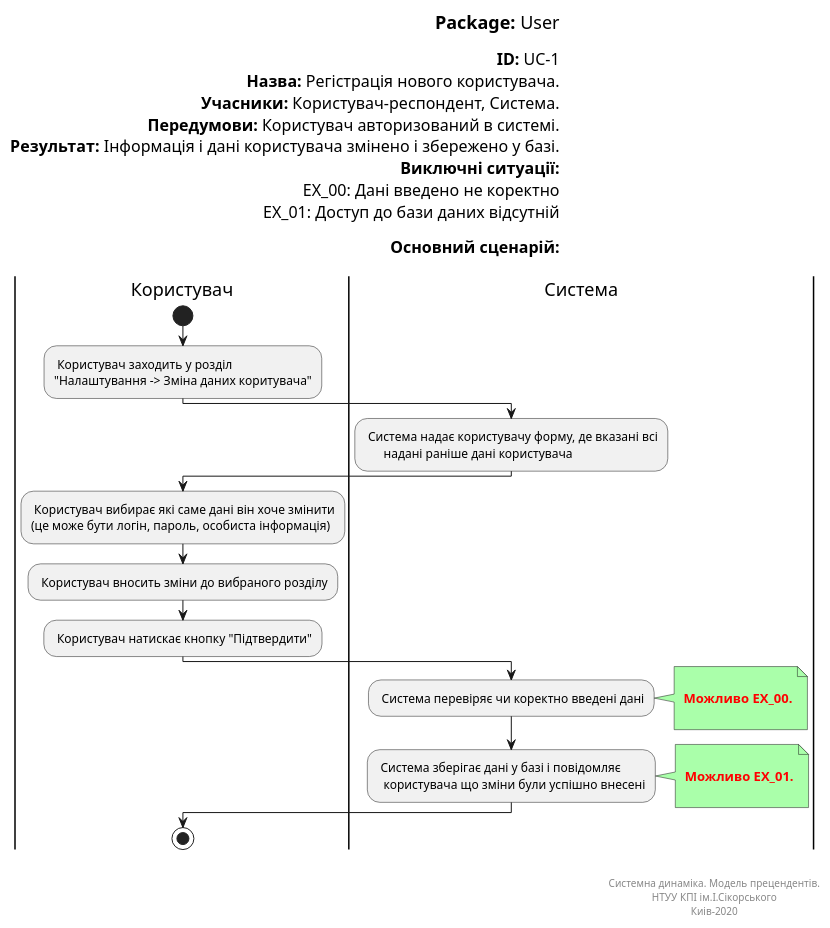
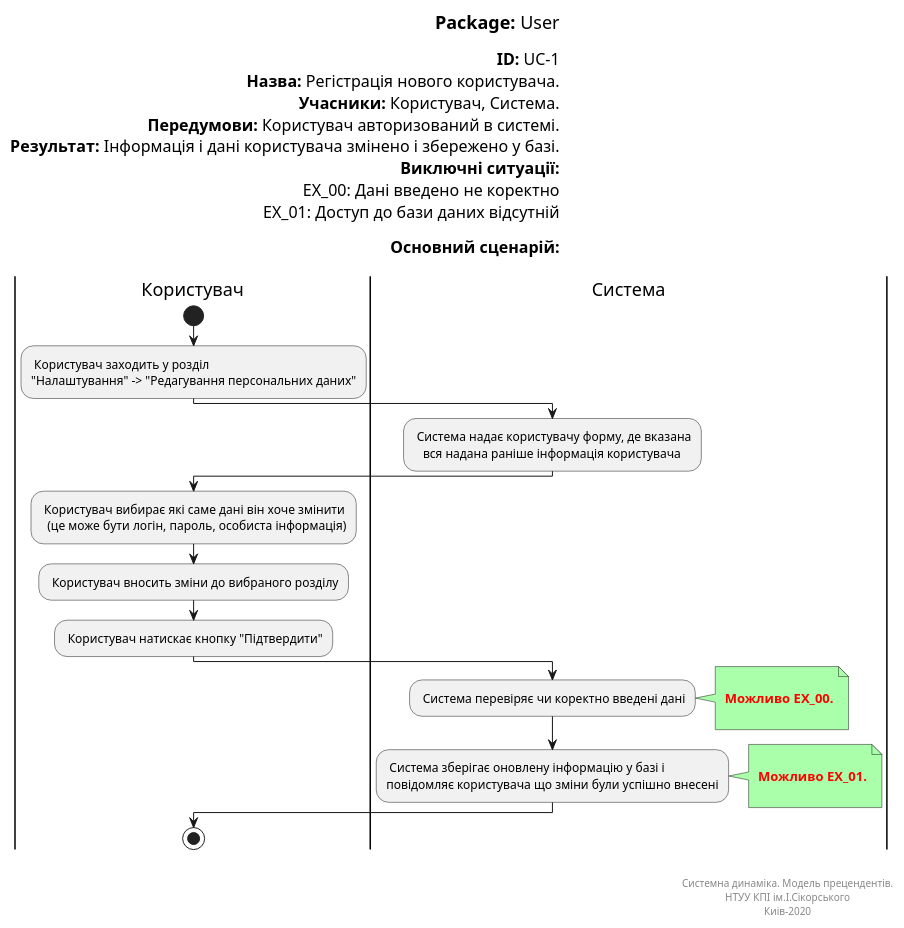
Before and after one commit to ip-85/System-Dynamics: the diagram in Doc/UMLDiagrams/scenarios/user/Diagrams/UML/UC1.pu, drawn with PlantUML.

```diff
--- a/Doc/UMLDiagrams/scenarios/user/Diagrams/UML/UC1.pu
+++ b/Doc/UMLDiagrams/scenarios/user/Diagrams/UML/UC1.pu
@@ -1,63 +1,63 @@
 @startuml userAccChanging
 left header
 <font color=000 size=18><b>Package:</b> User
 
 <font color=000 size=16><b>ID:</b> UC-1
 <font color=000 size=16><b>Назва:</b> Регістрація нового користувача.
-<font color=000 size=16><b>Учасники:</b> Користувач-респондент, Система.
+<font color=000 size=16><b>Учасники:</b> Користувач, Система.
 <font color=000 size=16><b>Передумови:</b> Користувач авторизований в системі.
 <font color=000 size=16><b>Результат:</b> Інформація і дані користувача змінено і збережено у базі.
 <font color=000 size=16><b>Виключні ситуації:</b>
 <font color=000 size=16> EX_00: Дані введено не коректно
 <font color=000 size=16> EX_01: Доступ до бази даних відсутній
 
 <font color=000 size=16><b>Основний сценарій:</b>
 
 end header
 
 |Користувач|
 start
 : Користувач заходить у розділ 
-"Налаштування -> Зміна даних коритувача";
+"Налаштування" -> "Редагування персональних даних";
 
 |Система|
-: Система надає користувачу форму, де вказані всі 
-      надані раніше дані користувача;
+: Система надає користувачу форму, де вказана 
+   вся надана раніше інформація користувача;
 
 |Користувач|
 : Користувач вибирає які саме дані він хоче змінити 
-(це може бути логін, пароль, особиста інформація);
+  (це може бути логін, пароль, особиста інформація);
 
 : Користувач вносить зміни до вибраного розділу;   
 
 : Користувач натискає кнопку "Підтвердити";
 
 |Система|
 : Система перевіряє чи коректно введені дані;
 note right #aaffaa
 
 <font color=red><b> Можливо EX_00.
 
 end note
 
-: Система зберігає дані у базі і повідомляє 
-  користувача що зміни були успішно внесені;
+: Система зберігає оновлену інформацію у базі і 
+повідомляє користувача що зміни були успішно внесені;
 
 note right #aaffaa
 
 <font color=red><b> Можливо EX_01.
 
 end note
 
 |Користувач|
 stop;
 
 right footer
 
 
 Системна динаміка. Модель прецендентів.
 НТУУ КПІ ім.І.Сікорського
 Киів-2020
 end footer
 
 @enduml
```
